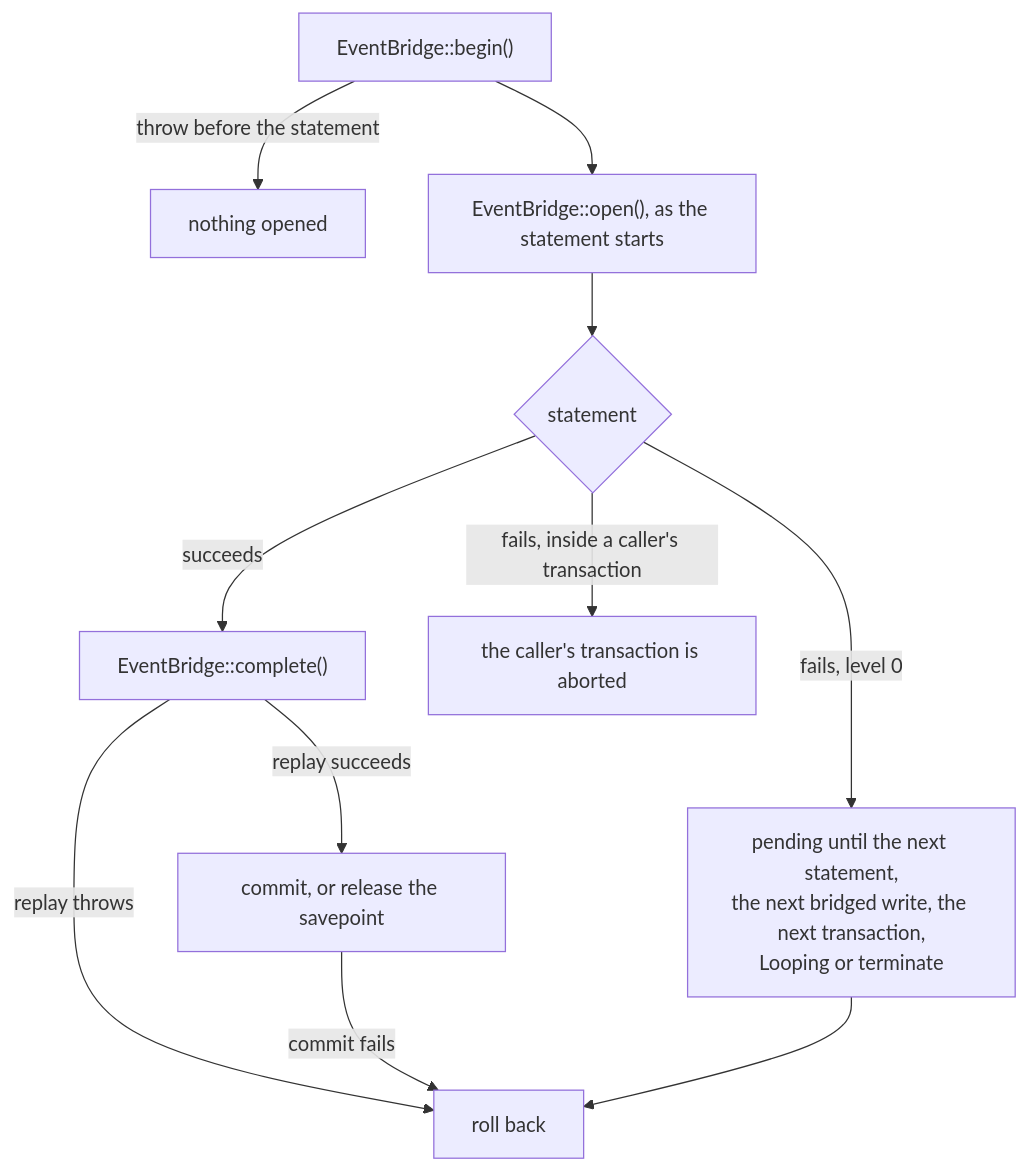
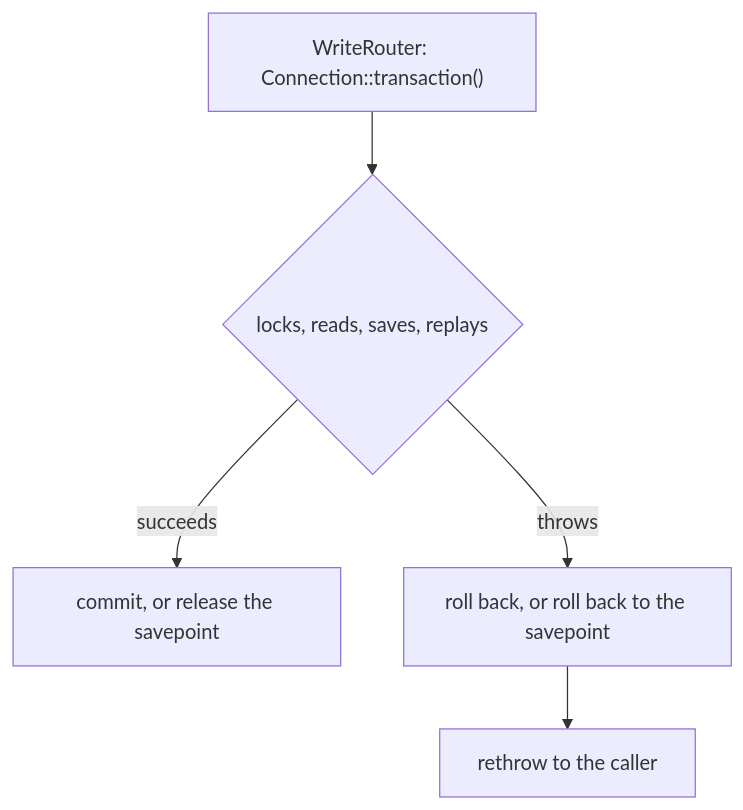
The diagram in docs/flows/failure-and-rollback.md (AryeoHQ/eloquent-compatibility), drawn with Mermaid before and after one commit. The commit also changed other lines of this file and 35 other files, not shown here.

First line of the commit message:
docs(compatibility): document the write router and the trigger-free schema

````diff
--- a/docs/flows/failure-and-rollback.md
+++ b/docs/flows/failure-and-rollback.md
@@ -5,13 +5,7 @@
 ```mermaid
 flowchart TD
-  Begin["EventBridge::begin()"] -->|throw before the statement| Nothing["nothing opened"]
-  Begin --> Open["EventBridge::open(), as the statement starts"]
-  Open --> Statement{"statement"}
-  Statement -->|succeeds| Complete["EventBridge::complete()"]
-  Complete -->|replay succeeds| Commit["commit, or release the savepoint"]
-  Complete -->|replay throws| Rollback["roll back"]
-  Commit -->|commit fails| Rollback
-  Statement -->|fails, level 0| Pending["pending until the next statement,<br/>the next bridged write, the next transaction,<br/>Looping or terminate"]
-  Pending --> Rollback
-  Statement -->|fails, inside a caller's transaction| Caller["the caller's transaction is aborted"]
+  Write["WriteRouter: Connection::transaction()"] --> Work{"locks, reads, saves, replays"}
+  Work -->|succeeds| Commit["commit, or release the savepoint"]
+  Work -->|throws| Rollback["roll back, or roll back to the savepoint"]
+  Rollback --> Rethrow["rethrow to the caller"]
 ```
````
